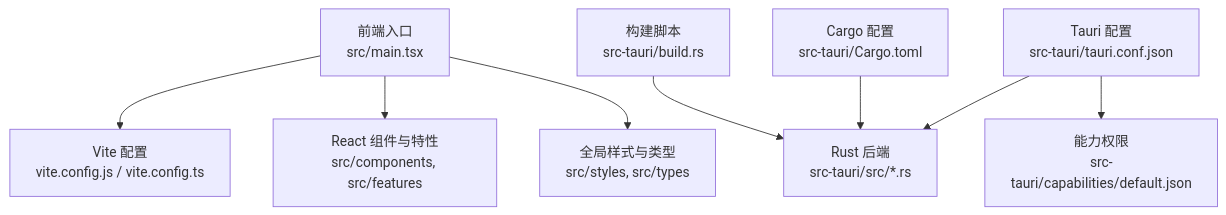
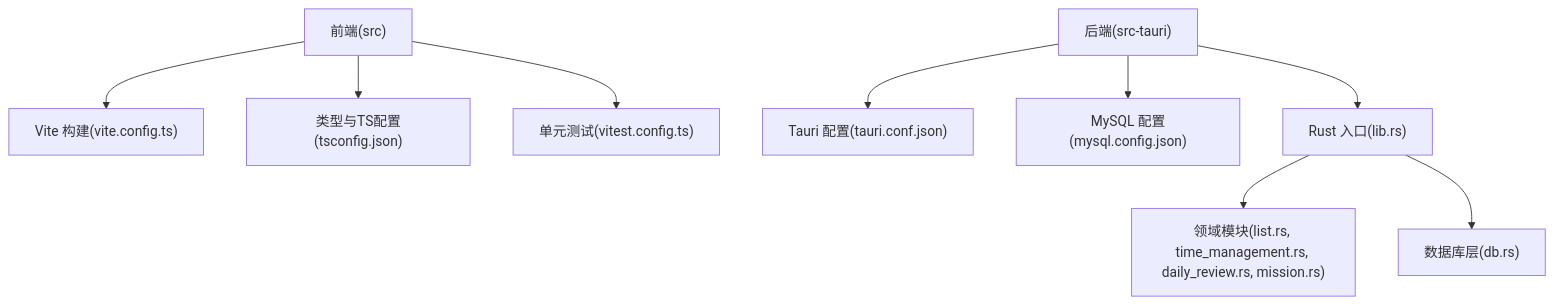
Before and after one commit to gzdxhujiale/FishWorker: the first of 6 diagrams in .qoder/repowiki/zh/content/开发指南/开发指南.md, drawn with Mermaid. The commit also changed other lines of this file and 238 other files, not shown here.

````diff
--- a/.qoder/repowiki/zh/content/开发指南/开发指南.md
+++ b/.qoder/repowiki/zh/content/开发指南/开发指南.md
@@ -42,10 +48,11 @@
 ```mermaid
 graph TB
-A["前端入口<br/>src/main.tsx"] --> B["Vite 配置<br/>vite.config.js / vite.config.ts"]
-A --> C["React 组件与特性<br/>src/components, src/features"]
-A --> D["全局样式与类型<br/>src/styles, src/types"]
-E["Tauri 配置<br/>src-tauri/tauri.conf.json"] --> F["Rust 后端<br/>src-tauri/src/*.rs"]
-E --> G["能力权限<br/>src-tauri/capabilities/default.json"]
-H["Cargo 配置<br/>src-tauri/Cargo.toml"] --> F
-I["构建脚本<br/>src-tauri/build.rs"] --> F
+A["前端(src)"] --> B["Vite 构建(vite.config.ts)"]
+A --> C["类型与TS配置(tsconfig.json)"]
+A --> D["单元测试(vitest.config.ts)"]
+E["后端(src-tauri)"] --> F["Tauri 配置(tauri.conf.json)"]
+E --> G["MySQL 配置(mysql.config.json)"]
+E --> H["Rust 入口(lib.rs)"]
+H --> I["领域模块(list.rs, time_management.rs, daily_review.rs, mission.rs)"]
+H --> J["数据库层(db.rs)"]
 ```
````
